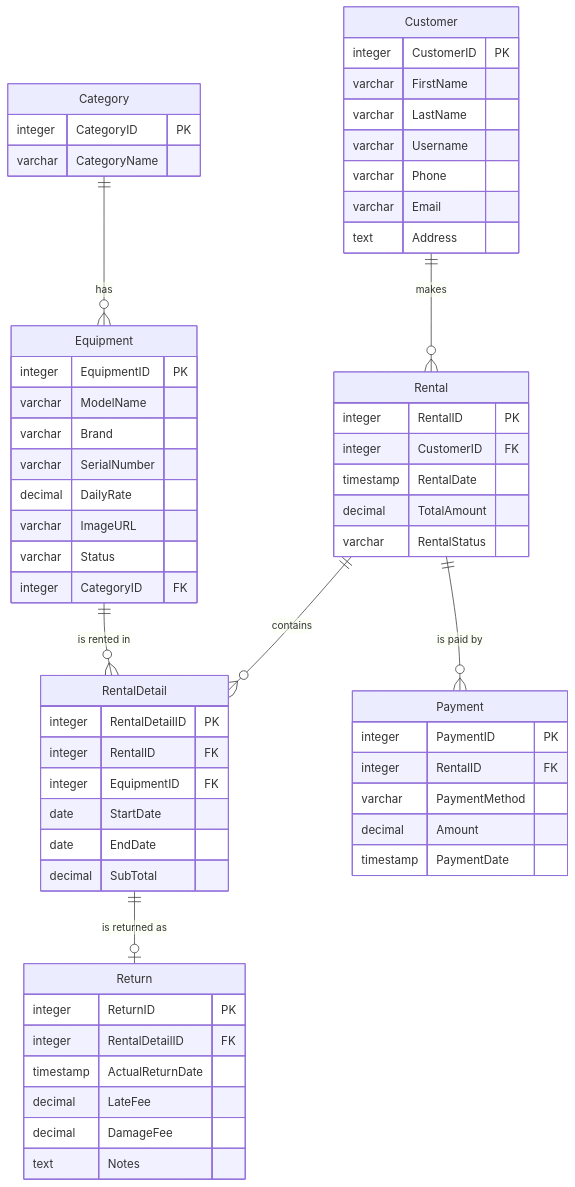
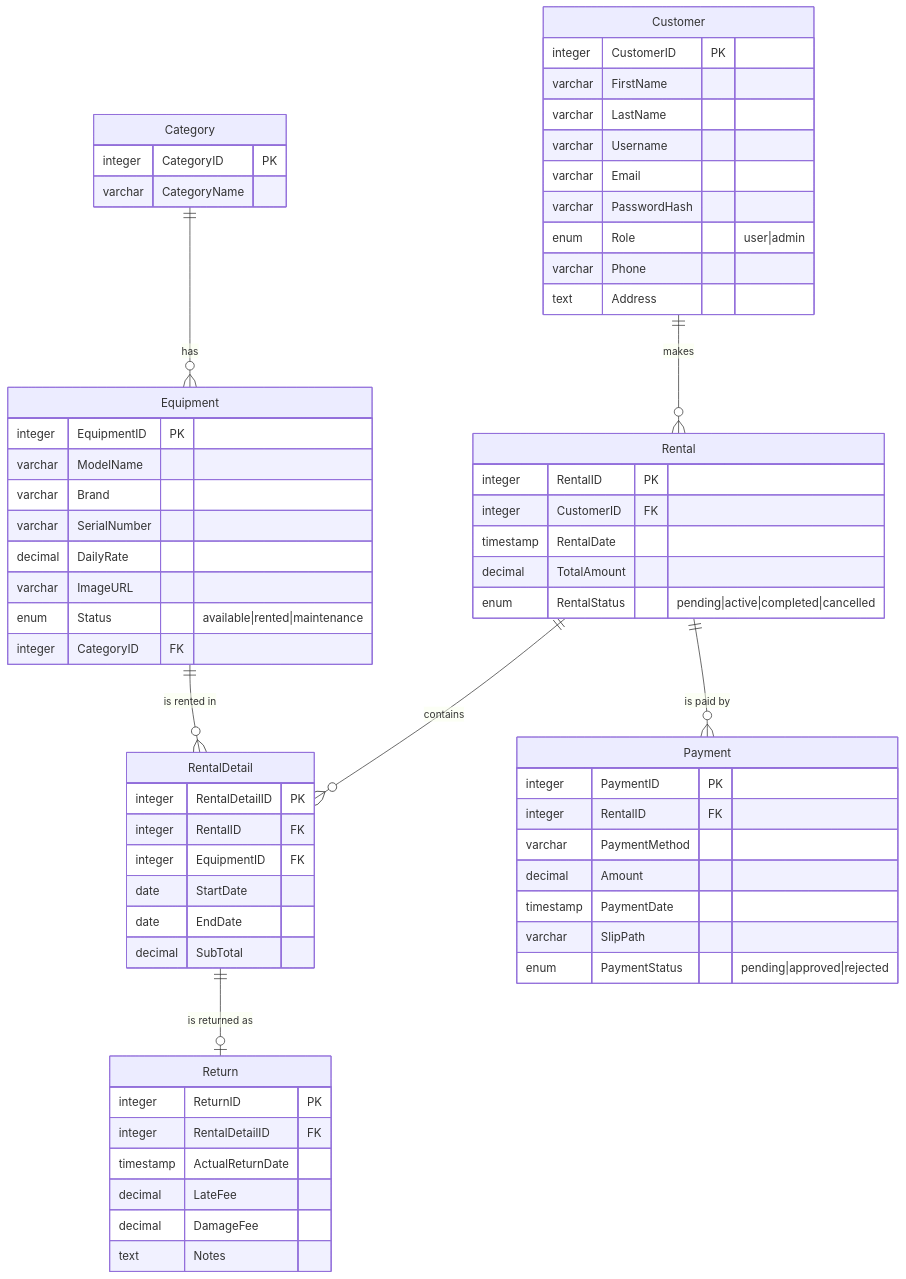
Before and after one commit to naratipswu/cp252project: the first of 2 diagrams in README.md, drawn with Mermaid. The commit also changed other lines of this file and 1 other file, not shown here.

````diff
--- a/README.md
+++ b/README.md
@@ -13,69 +75,67 @@
 ```mermaid
 erDiagram
     Category ||--o{ Equipment : "has"
     Customer ||--o{ Rental : "makes"
     Rental ||--o{ RentalDetail : "contains"
     Equipment ||--o{ RentalDetail : "is rented in"
     Rental ||--o{ Payment : "is paid by"
     RentalDetail ||--o| Return : "is returned as"
 
     Category {
         integer CategoryID PK
         varchar CategoryName
     }
-
     Equipment {
         integer EquipmentID PK
         varchar ModelName
         varchar Brand
         varchar SerialNumber
         decimal DailyRate
         varchar ImageURL
-        varchar Status
+        enum Status "available|rented|maintenance"
         integer CategoryID FK
     }
-
     Customer {
         integer CustomerID PK
         varchar FirstName
         varchar LastName
         varchar Username
+        varchar Email
+        varchar PasswordHash
+        enum Role "user|admin"
         varchar Phone
-        varchar Email
         text Address
     }
-
     Rental {
         integer RentalID PK
         integer CustomerID FK
         timestamp RentalDate
         decimal TotalAmount
-        varchar RentalStatus
+        enum RentalStatus "pending|active|completed|cancelled"
     }
-
     RentalDetail {
         integer RentalDetailID PK
         integer RentalID FK
         integer EquipmentID FK
         date StartDate
         date EndDate
         decimal SubTotal
     }
-
     Payment {
         integer PaymentID PK
         integer RentalID FK
         varchar PaymentMethod
         decimal Amount
         timestamp PaymentDate
+        varchar SlipPath
+        enum PaymentStatus "pending|approved|rejected"
     }
-
     Return {
         integer ReturnID PK
         integer RentalDetailID FK
         timestamp ActualReturnDate
         decimal LateFee
         decimal DamageFee
         text Notes
     }
 ```
````
